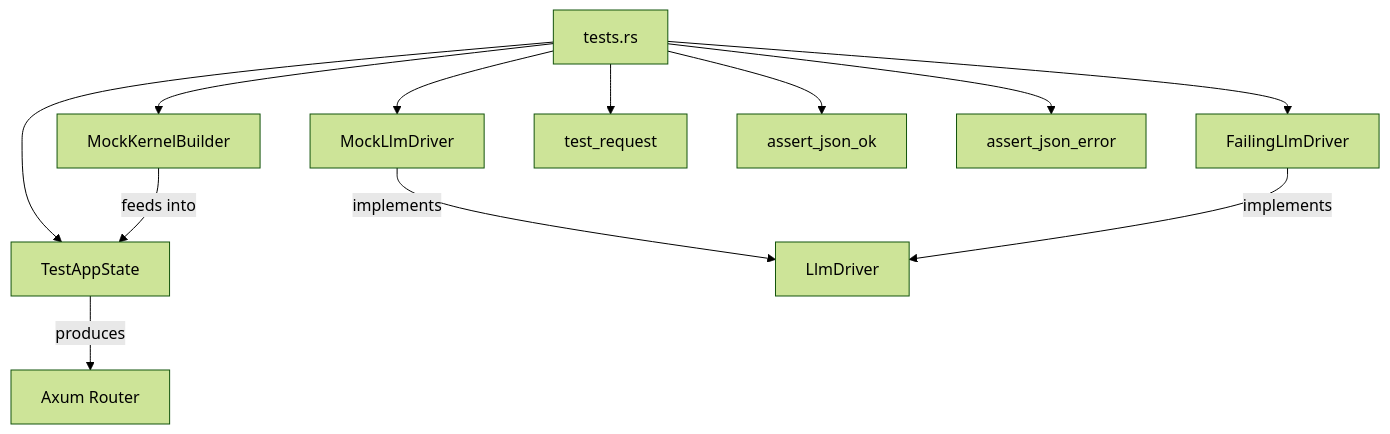
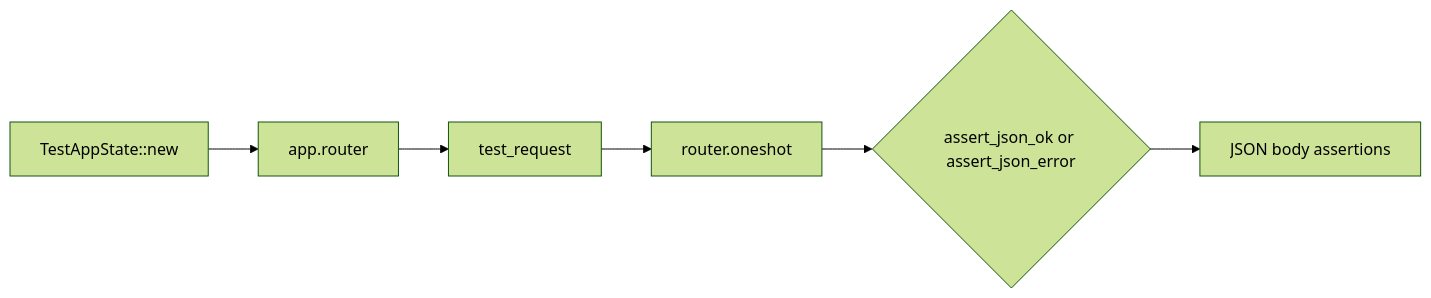
Before and after one commit to leszek3737/librefang-WIki: the diagram in other-librefang-testing-src.md, drawn with Mermaid (forest theme). The commit also changed other lines of this file and 98 other files, not shown here.

````diff
--- a/other-librefang-testing-src.md
+++ b/other-librefang-testing-src.md
@@ -13,14 +17,8 @@
 ```mermaid
-graph TD
-    TR[tests.rs] --> TAS[TestAppState]
-    TR --> MKB[MockKernelBuilder]
-    TR --> MLD[MockLlmDriver]
-    TR --> FLD[FailingLlmDriver]
-    TR --> test_request
-    TR --> assert_json_ok
-    TR --> assert_json_error
-    TAS -->|produces| Router[Axum Router]
-    MKB -->|feeds into| TAS
-    MLD -->|implements| LlmDriver
-    FLD -->|implements| LlmDriver
+flowchart LR
+    A[TestAppState::new] --> B[app.router]
+    B --> C[test_request]
+    C --> D[router.oneshot]
+    D --> E{assert_json_ok or assert_json_error}
+    E --> F[JSON body assertions]
 ```
````
